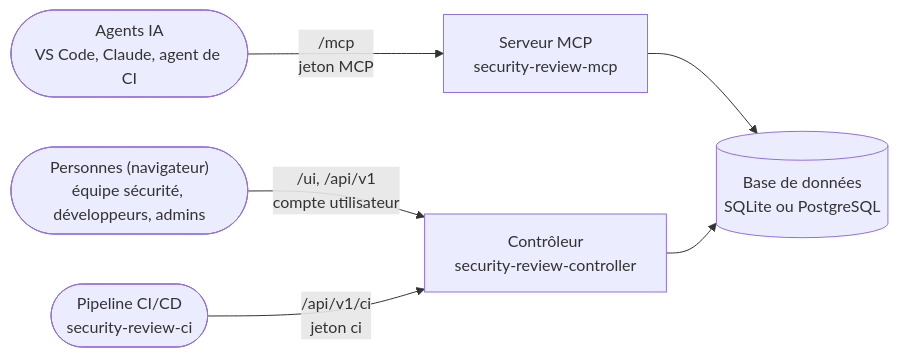
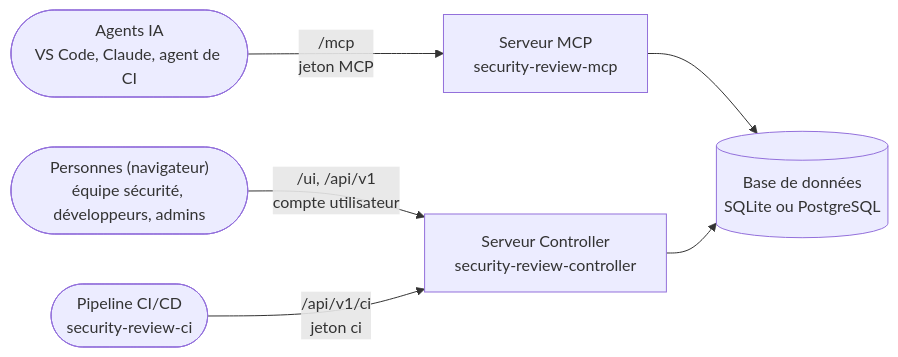
Before and after one commit to cyr-ius/security-review: the first of 3 diagrams in docs/services.fr.md, drawn with Mermaid. The commit also changed other lines of this file and 111 other files, not shown here.

````diff
--- a/docs/services.fr.md
+++ b/docs/services.fr.md
@@ -16,8 +16,8 @@
 ```mermaid
 flowchart LR
     agents(["Agents IA<br/>VS Code, Claude, agent de CI"]) -- "/mcp<br/>jeton MCP" --> mcp["Serveur MCP<br/>security-review-mcp"]
-    people(["Personnes (navigateur)<br/>équipe sécurité, développeurs, admins"]) -- "/ui, /api/v1<br/>compte utilisateur" --> ctl["Contrôleur<br/>security-review-controller"]
+    people(["Personnes (navigateur)<br/>équipe sécurité, développeurs, admins"]) -- "/ui, /api/v1<br/>compte utilisateur" --> ctl["Serveur Controller<br/>security-review-controller"]
     ci(["Pipeline CI/CD<br/>security-review-ci"]) -- "/api/v1/ci<br/>jeton ci" --> ctl
     mcp --> db[("Base de données<br/>SQLite ou PostgreSQL")]
     ctl --> db
 ```
````
